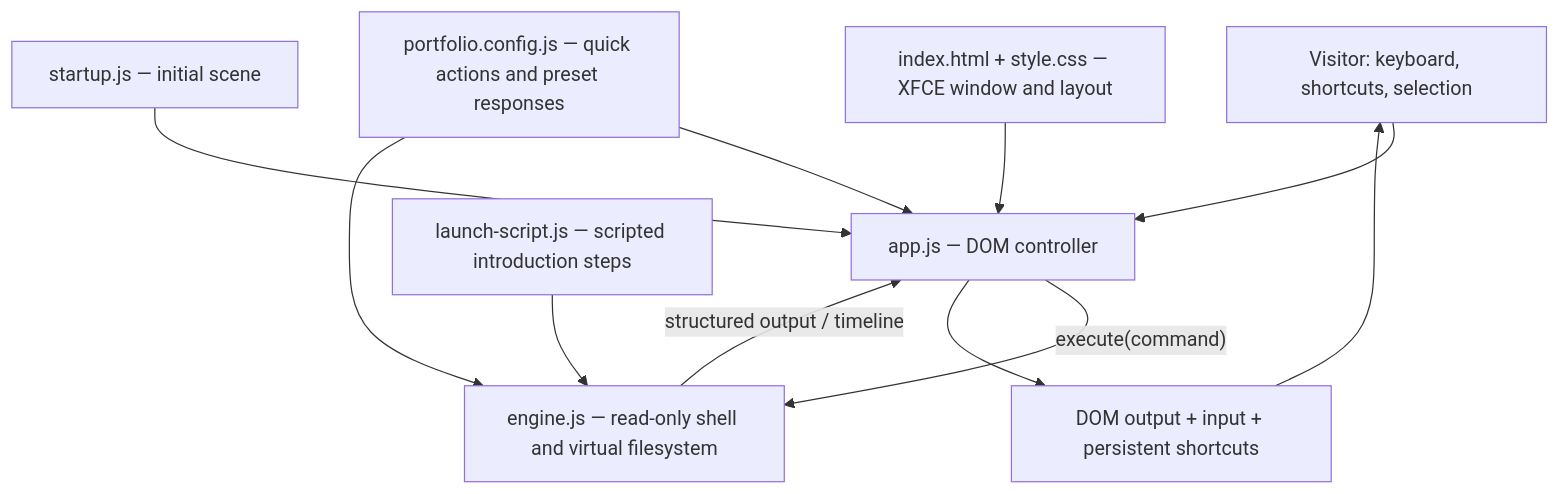
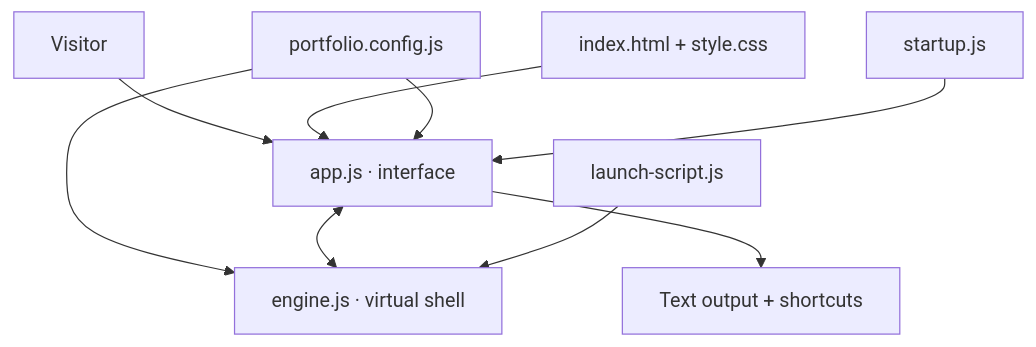
Before and after one commit to yassinebkr/ShellFolio: the first of 3 diagrams in docs/DEVELOPMENT.md, drawn with Mermaid. The commit also changed other lines of this file and 2 other files, not shown here.

````diff
--- a/docs/DEVELOPMENT.md
+++ b/docs/DEVELOPMENT.md
@@ -21,13 +21,11 @@
 ```mermaid
 flowchart TB
-    Visitor["Visitor: keyboard, shortcuts, selection"] --> UI["app.js — DOM controller"]
-    HTML["index.html + style.css — XFCE window and layout"] --> UI
-    Start["startup.js — initial scene"] --> UI
-    Config["portfolio.config.js — quick actions and preset responses"] --> UI
-    Config --> Engine["engine.js — read-only shell and virtual filesystem"]
-    UI -->|"execute(command)"| Engine
-    Engine -->|"structured output / timeline"| UI
-    Timeline["launch-script.js — scripted introduction steps"] --> Engine
-    UI --> Screen["DOM output + input + persistent shortcuts"]
-    Screen --> Visitor
+    V["Visitor"] --> UI["app.js · interface"]
+    HTML["index.html + style.css"] --> UI
+    CFG["portfolio.config.js"] --> UI
+    CFG --> ENGINE["engine.js · virtual shell"]
+    UI <--> ENGINE
+    START["startup.js"] --> UI
+    SCRIPT["launch-script.js"] --> ENGINE
+    UI --> OUT["Text output + shortcuts"]
 ```
````
